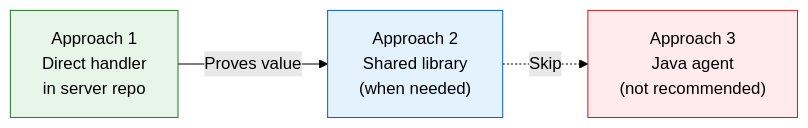
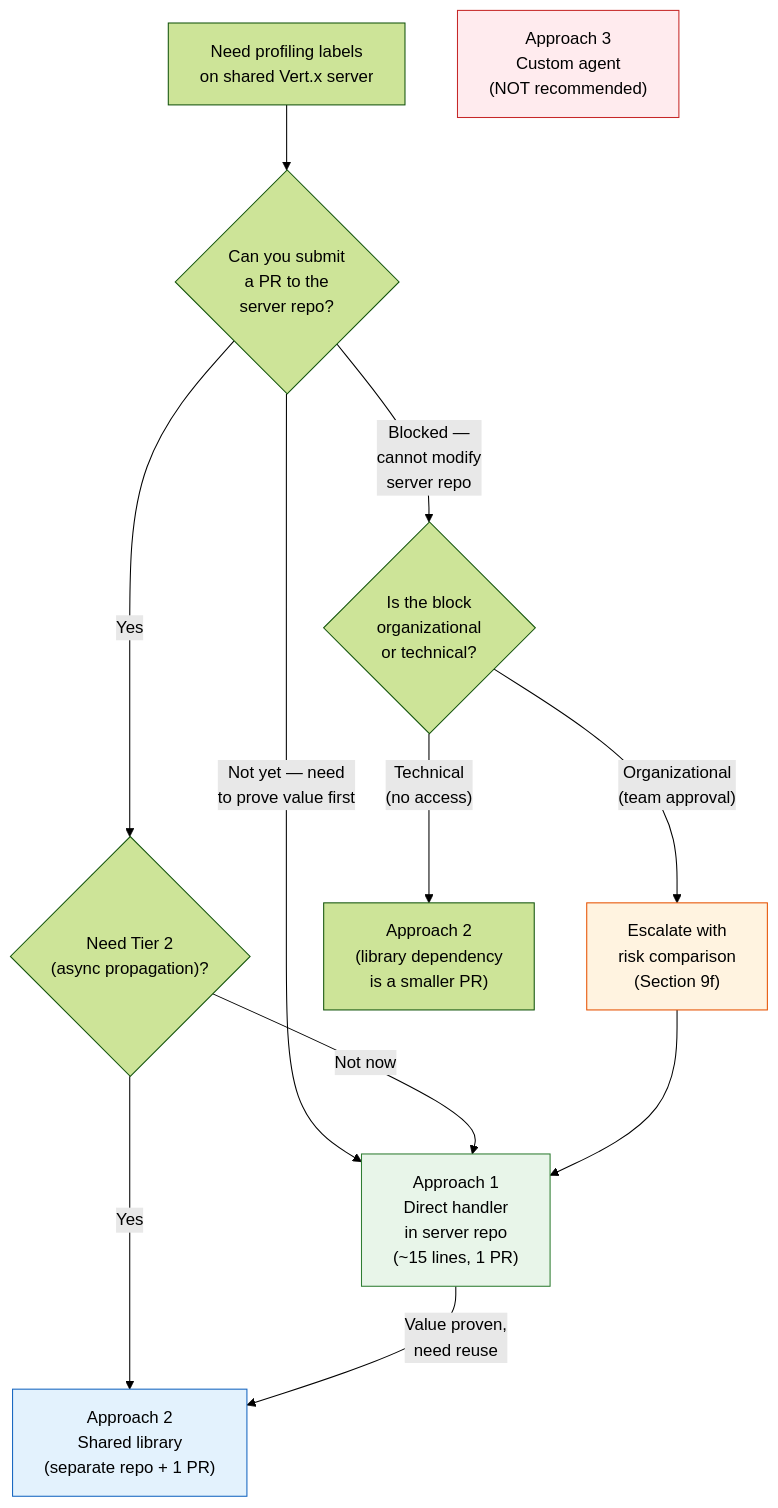
Diagram 13 of 13 in docs/vertx-labeling-guide.md (aff0gat000/pyroscope), drawn with Mermaid (forest theme) before and after one commit. The commit also changed other lines of this file, not shown here.

First line of the commit message:
Expand labeling guide with detailed risk analysis and implementation decision tree

````diff
--- a/docs/vertx-labeling-guide.md
+++ b/docs/vertx-labeling-guide.md
@@ -756,9 +1068,25 @@
 ```mermaid
-graph LR
-    A["Approach 1<br/>Direct handler<br/>in server repo"] -->|"Proves value"| B["Approach 2<br/>Shared library<br/>(when needed)"]
-    B -.->|"Skip"| C["Approach 3<br/>Java agent<br/>(not recommended)"]
+graph TB
+    START["Need profiling labels<br/>on shared Vert.x server"] --> Q1{"Can you submit<br/>a PR to the<br/>server repo?"}
 
-    style A fill:#e8f5e9,stroke:#2e7d32,color:#000
-    style B fill:#e3f2fd,stroke:#1565c0,color:#000
-    style C fill:#ffebee,stroke:#c62828,color:#000
+    Q1 -->|"Yes"| Q2{"Need Tier 2<br/>(async propagation)?"}
+    Q1 -->|"Not yet — need<br/>to prove value first"| A1
+
+    Q2 -->|"Not now"| A1["Approach 1<br/>Direct handler<br/>in server repo<br/>(~15 lines, 1 PR)"]
+    Q2 -->|"Yes"| A2["Approach 2<br/>Shared library<br/>(separate repo + 1 PR)"]
+
+    Q1 -->|"Blocked —<br/>cannot modify<br/>server repo"| Q3{"Is the block<br/>organizational<br/>or technical?"}
+
+    Q3 -->|"Organizational<br/>(team approval)"| ESCALATE["Escalate with<br/>risk comparison<br/>(Section 9f)"]
+    Q3 -->|"Technical<br/>(no access)"| A2B["Approach 2<br/>(library dependency<br/>is a smaller PR)"]
+
+    ESCALATE --> A1
+    A1 -->|"Value proven,<br/>need reuse"| A2
+
+    AVOID["Approach 3<br/>Custom agent<br/>(NOT recommended)"]
+
+    style A1 fill:#e8f5e9,stroke:#2e7d32,color:#000
+    style A2 fill:#e3f2fd,stroke:#1565c0,color:#000
+    style AVOID fill:#ffebee,stroke:#c62828,color:#000
+    style ESCALATE fill:#fff3e0,stroke:#e65100,color:#000
 ```
````
